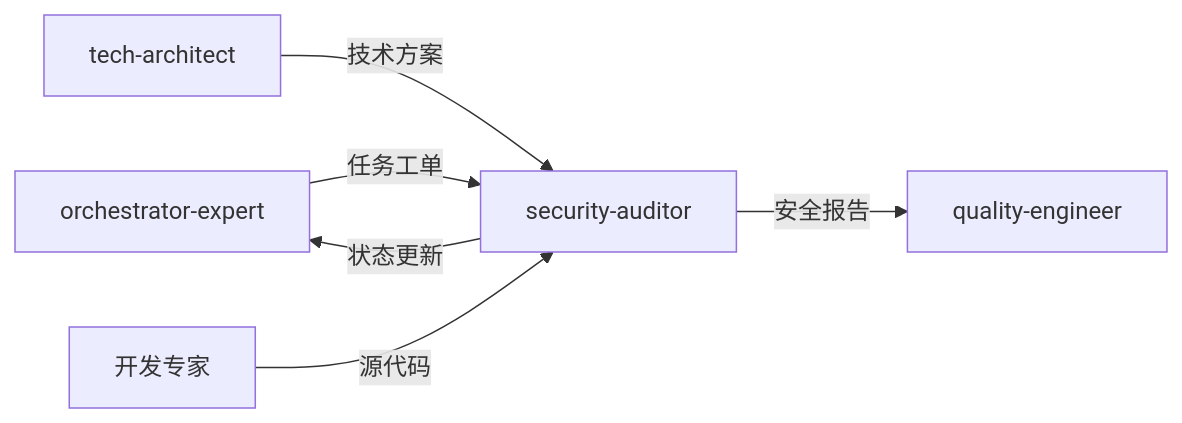
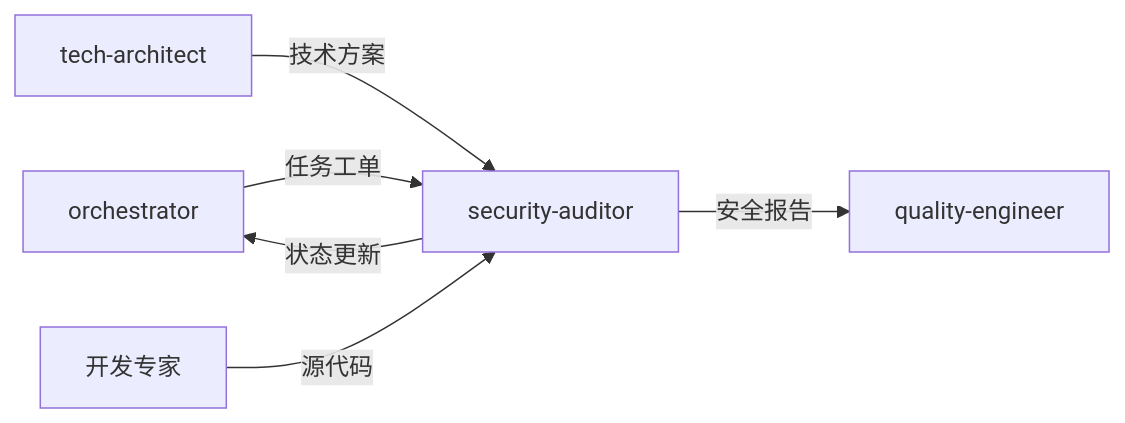
Before and after one commit to Tooooommy/Trae-Workflow: the diagram in skills/security-auditor/SKILL.md, drawn with Mermaid. The commit also changed other lines of this file and 21 other files, not shown here.

First line of the commit message:
refactor(skills): rename orchestrator-expert to orchestrator and update paths

````diff
--- a/skills/security-auditor/SKILL.md
+++ b/skills/security-auditor/SKILL.md
@@ -75,8 +75,8 @@
 ```mermaid
 flowchart LR
-    A[orchestrator-expert] -->|任务工单| B[security-auditor]
+    A[orchestrator] -->|任务工单| B[security-auditor]
     C[tech-architect] -->|技术方案| B
     D[开发专家] -->|源代码| B
     B -->|安全报告| E[quality-engineer]
     B -->|状态更新| A
 ```
````
